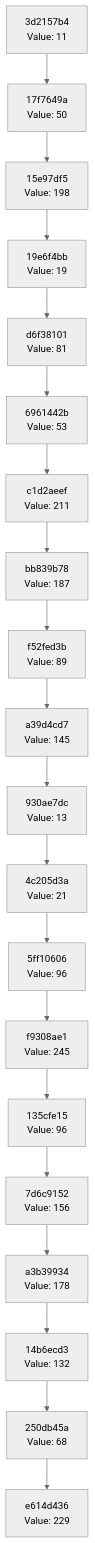
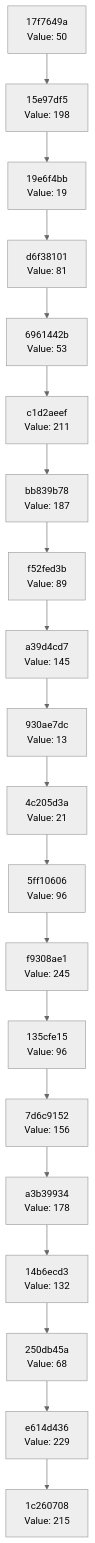
The diagram in docs/CHAIN_VISUALIZATION.md (Abhisheksinha1506/hash-chain-evolver), drawn with Mermaid (neutral theme) before and after one commit. The commit also changed 2 other files, not shown here.

Commit message:
Evolution Step

````diff
--- a/docs/CHAIN_VISUALIZATION.md
+++ b/docs/CHAIN_VISUALIZATION.md
@@ -3,42 +3,42 @@
 ```mermaid
 graph TD
-    C0["e614d436<br/>Value: 229"]
-    C1["250db45a<br/>Value: 68"]
+    C0["1c260708<br/>Value: 215"]
+    C1["e614d436<br/>Value: 229"]
     C1 --> C0
-    C2["14b6ecd3<br/>Value: 132"]
+    C2["250db45a<br/>Value: 68"]
     C2 --> C1
-    C3["a3b39934<br/>Value: 178"]
+    C3["14b6ecd3<br/>Value: 132"]
     C3 --> C2
-    C4["7d6c9152<br/>Value: 156"]
+    C4["a3b39934<br/>Value: 178"]
     C4 --> C3
-    C5["135cfe15<br/>Value: 96"]
+    C5["7d6c9152<br/>Value: 156"]
     C5 --> C4
-    C6["f9308ae1<br/>Value: 245"]
+    C6["135cfe15<br/>Value: 96"]
     C6 --> C5
-    C7["5ff10606<br/>Value: 96"]
+    C7["f9308ae1<br/>Value: 245"]
     C7 --> C6
-    C8["4c205d3a<br/>Value: 21"]
+    C8["5ff10606<br/>Value: 96"]
     C8 --> C7
-    C9["930ae7dc<br/>Value: 13"]
+    C9["4c205d3a<br/>Value: 21"]
     C9 --> C8
-    C10["a39d4cd7<br/>Value: 145"]
+    C10["930ae7dc<br/>Value: 13"]
     C10 --> C9
-    C11["f52fed3b<br/>Value: 89"]
+    C11["a39d4cd7<br/>Value: 145"]
     C11 --> C10
-    C12["bb839b78<br/>Value: 187"]
+    C12["f52fed3b<br/>Value: 89"]
     C12 --> C11
-    C13["c1d2aeef<br/>Value: 211"]
+    C13["bb839b78<br/>Value: 187"]
     C13 --> C12
-    C14["6961442b<br/>Value: 53"]
+    C14["c1d2aeef<br/>Value: 211"]
     C14 --> C13
-    C15["d6f38101<br/>Value: 81"]
+    C15["6961442b<br/>Value: 53"]
     C15 --> C14
-    C16["19e6f4bb<br/>Value: 19"]
+    C16["d6f38101<br/>Value: 81"]
     C16 --> C15
-    C17["15e97df5<br/>Value: 198"]
+    C17["19e6f4bb<br/>Value: 19"]
     C17 --> C16
-    C18["17f7649a<br/>Value: 50"]
+    C18["15e97df5<br/>Value: 198"]
     C18 --> C17
-    C19["3d2157b4<br/>Value: 11"]
+    C19["17f7649a<br/>Value: 50"]
     C19 --> C18
 ```
````
